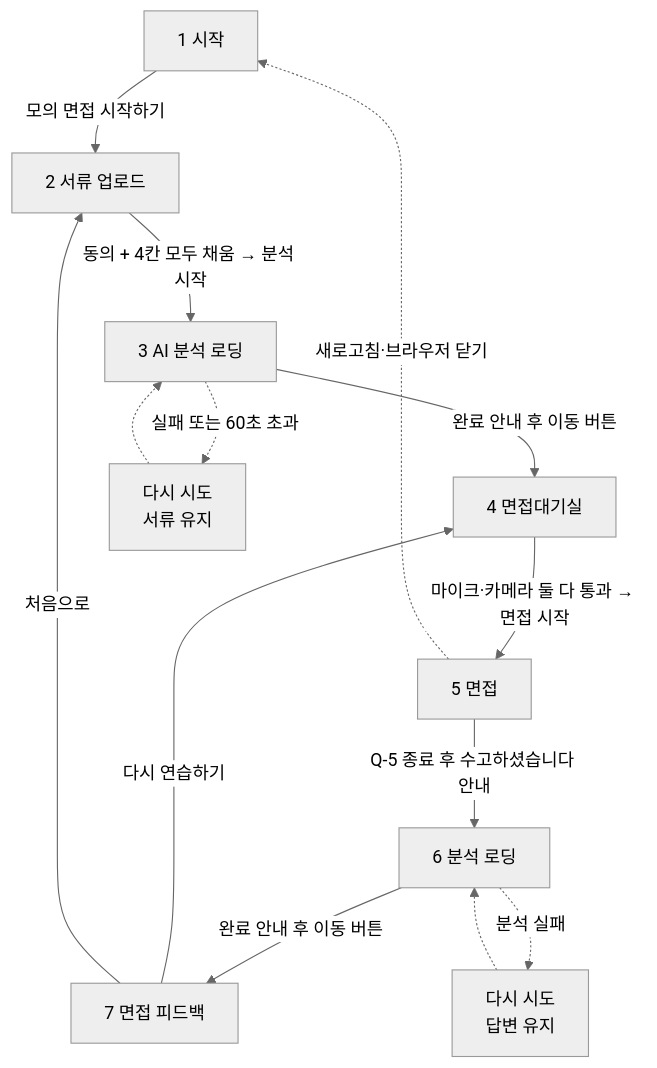
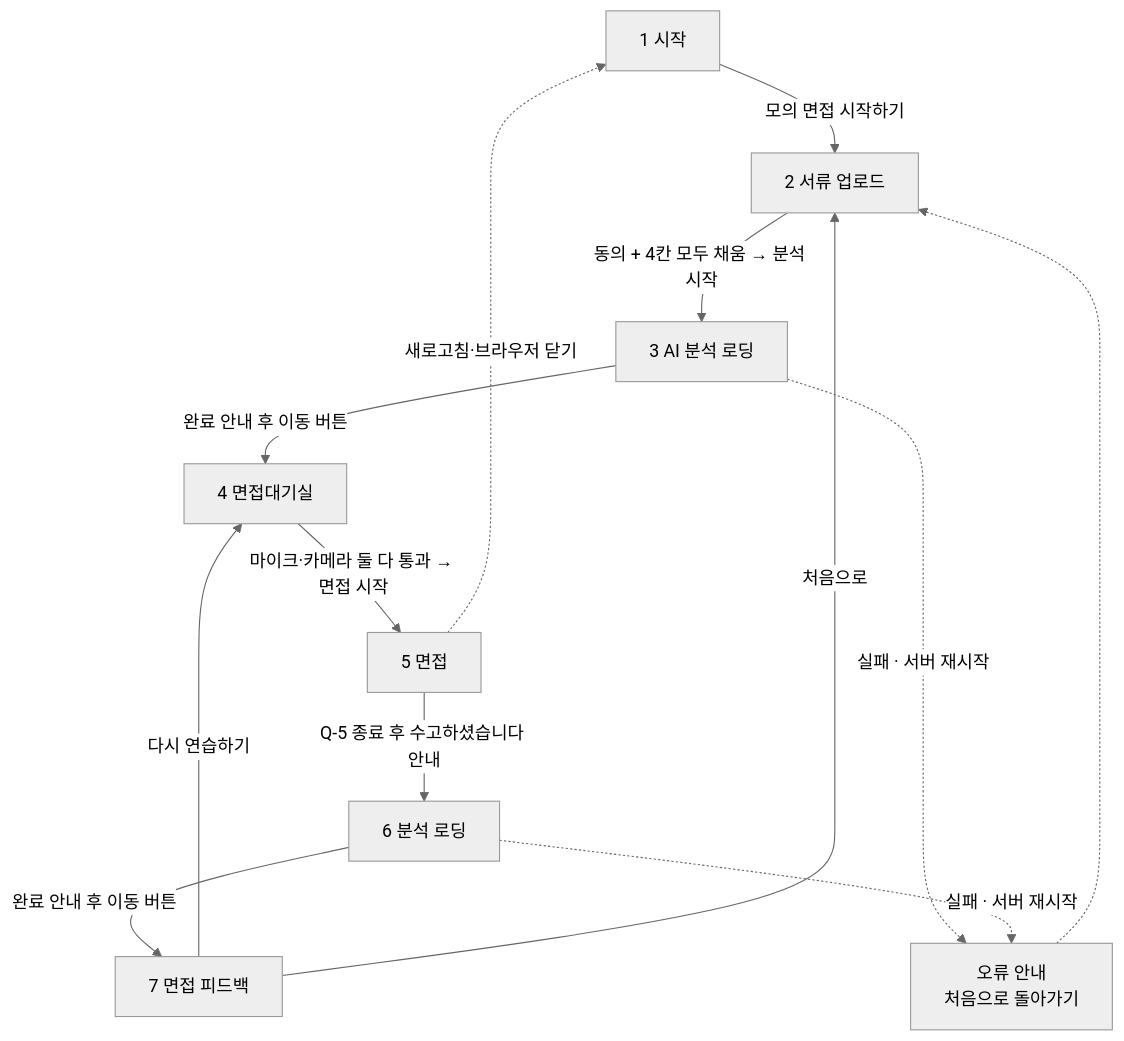
The first of 2 diagrams in docs/02-screen-flow.md (skkuls-ai/interview_simulation_agent), drawn with Mermaid (neutral theme) before and after one commit. The commit also changed other lines of this file and 4 other files, not shown here.

````diff
--- a/docs/02-screen-flow.md
+++ b/docs/02-screen-flow.md
@@ -11,16 +11,15 @@
 ```mermaid
 flowchart TD
     S1[1 시작] -->|모의 면접 시작하기| S2[2 서류 업로드]
     S2 -->|동의 + 4칸 모두 채움 → 분석 시작| S3[3 AI 분석 로딩]
     S3 -->|완료 안내 후 이동 버튼| S4[4 면접대기실]
-    S3 -.->|실패 또는 60초 초과| R3[다시 시도<br/>서류 유지]
-    R3 -.-> S3
     S4 -->|마이크·카메라 둘 다 통과 → 면접 시작| S5[5 면접]
     S5 -->|Q-5 종료 후 수고하셨습니다 안내| S6[6 분석 로딩]
     S6 -->|완료 안내 후 이동 버튼| S7[7 면접 피드백]
-    S6 -.->|분석 실패| R6[다시 시도<br/>답변 유지]
-    R6 -.-> S6
+    S3 -.->|실패 · 서버 재시작| ERR[오류 안내<br/>처음으로 돌아가기]
+    S6 -.->|실패 · 서버 재시작| ERR
+    ERR -.-> S2
     S7 -->|다시 연습하기| S4
     S7 -->|처음으로| S2
     S5 -.->|새로고침·브라우저 닫기| S1
 ```
````
